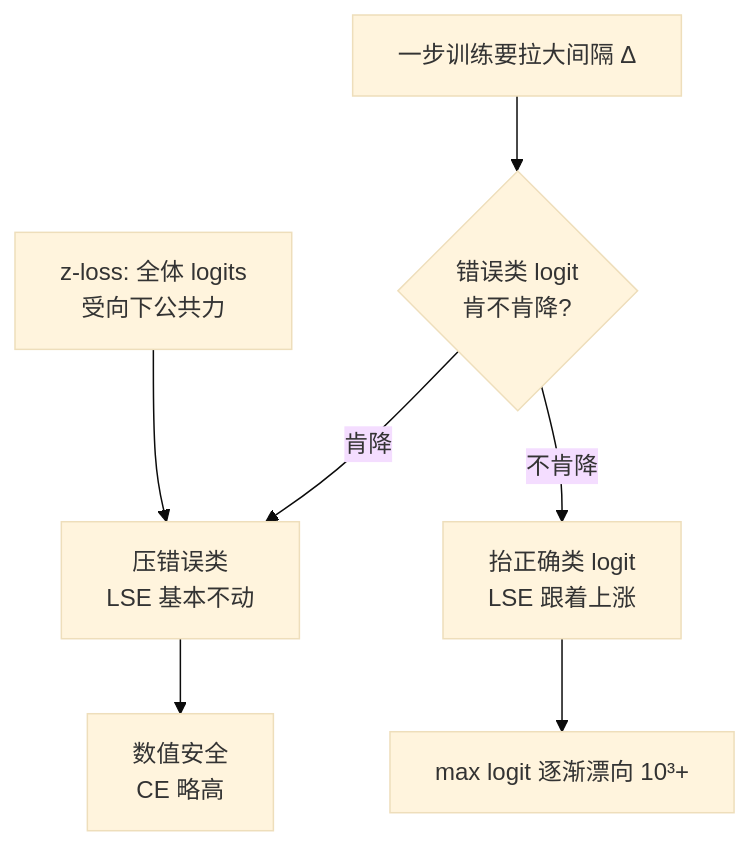
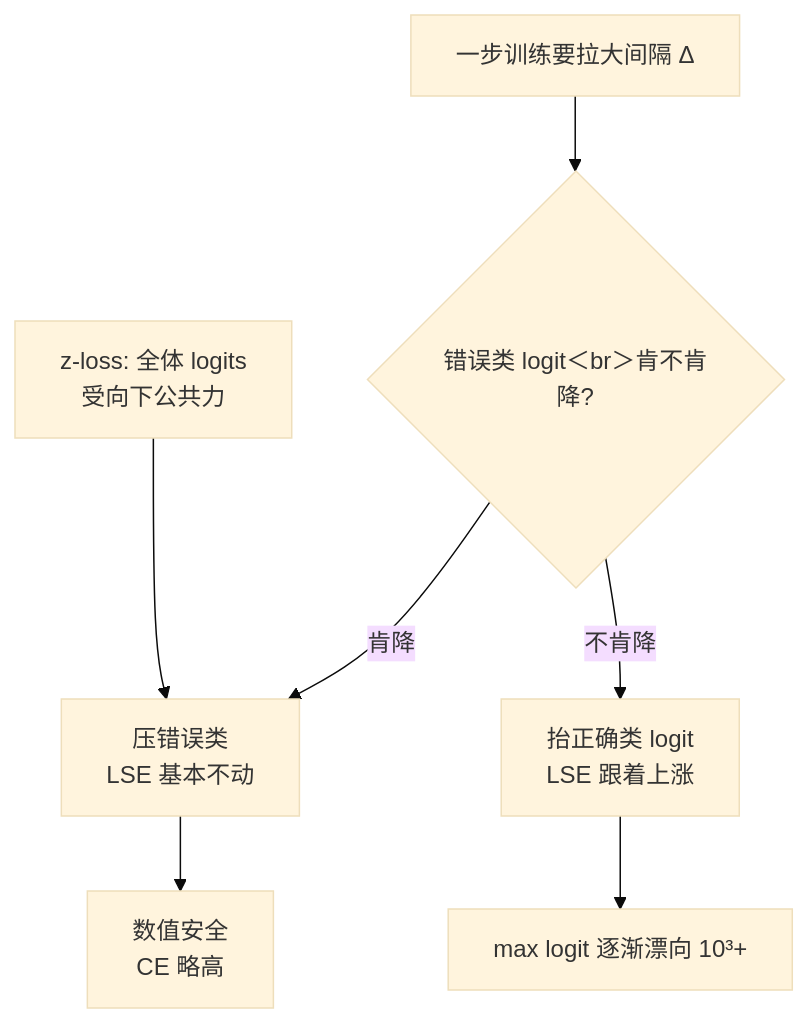
Before and after one commit to xhongduo-tech/xhongduo-tech.github.io: the first of 2 diagrams in docs/llm/output-logit-divergence.md, drawn with Mermaid (base theme). The commit also changed 291 other files, not shown here.

Commit message:
Normalize lesson titles to tree names and repair mermaid arrow/quote syntax site-wide.

````diff
--- a/docs/llm/output-logit-divergence.md
+++ b/docs/llm/output-logit-divergence.md
@@ -44,9 +44,9 @@
 ```mermaid
 flowchart TD
-  STEP["一步训练要拉大间隔 Δ"] --> Q1{"错误类 logit<br>肯不肯降?"}
+  STEP["一步训练要拉大间隔 Δ"] --> Q1{"错误类 logit＜br＞肯不肯降?"}
   Q1 -- "肯降" --> DOWN["压错误类<br>LSE 基本不动"]
   Q1 -- "不肯降" --> UP["抬正确类 logit<br>LSE 跟着上涨"]
   UP --> GROW["max logit 逐渐漂向 10³+"]
   ZL["z-loss: 全体 logits<br>受向下公共力"] --> DOWN
   DOWN --> SAFE["数值安全<br>CE 略高"]
 ```
````
